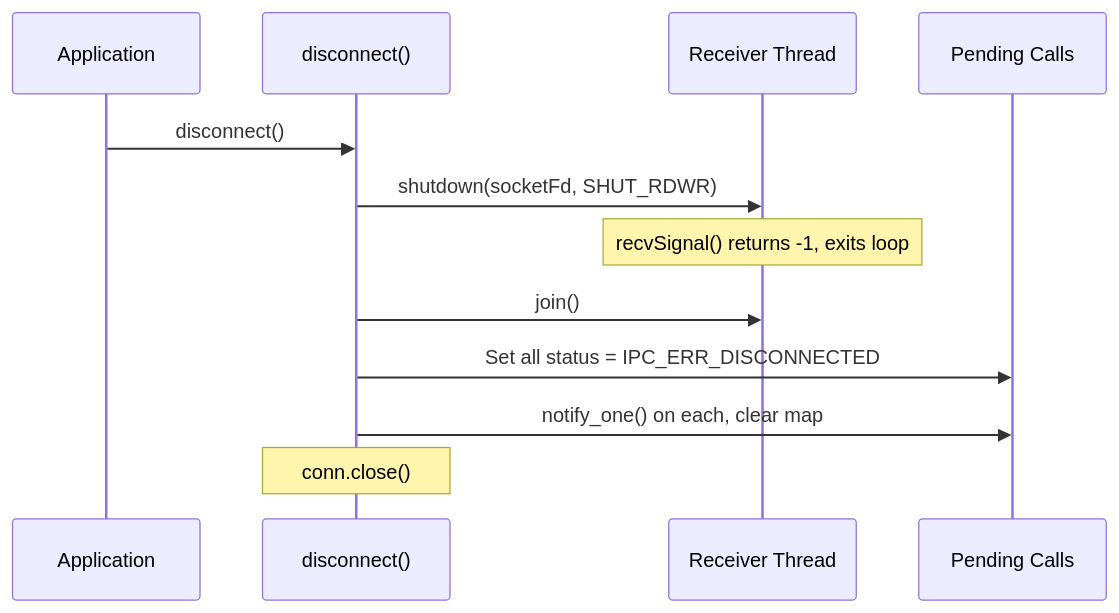
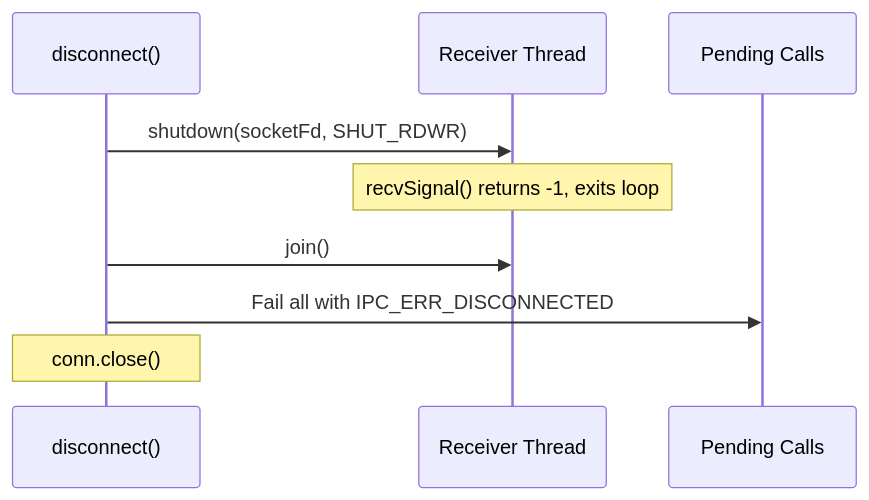
The third of 7 diagrams in doc/ClientBase.md (Mrunmoy/aether), drawn with Mermaid before and after one commit. The commit also changed other lines of this file and 12 other files, not shown here.

````diff
--- a/doc/ClientBase.md
+++ b/doc/ClientBase.md
@@ -69,15 +85,12 @@
 ```mermaid
 sequenceDiagram
-    participant App as Application
-    participant CB as disconnect()
+    participant App as disconnect()
     participant RT as Receiver Thread
     participant PC as Pending Calls
 
-    App->>CB: disconnect()
-    CB->>RT: shutdown(socketFd, SHUT_RDWR)
+    App->>RT: shutdown(socketFd, SHUT_RDWR)
     Note over RT: recvSignal() returns -1, exits loop
-    CB->>RT: join()
-    CB->>PC: Set all status = IPC_ERR_DISCONNECTED
-    CB->>PC: notify_one() on each, clear map
-    Note over CB: conn.close()
+    App->>RT: join()
+    App->>PC: Fail all with IPC_ERR_DISCONNECTED
+    Note over App: conn.close()
 ```
````
